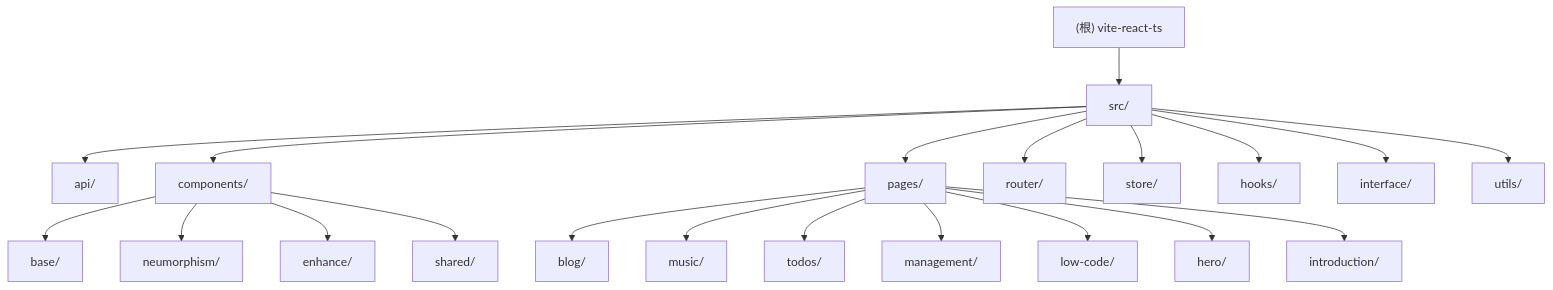
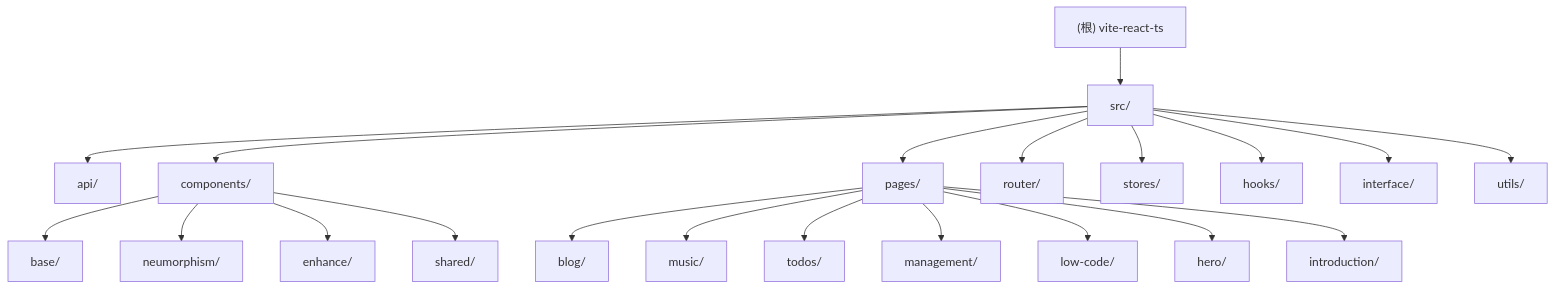
The diagram in CLAUDE.md (wukaijin/vite-react-ts), drawn with Mermaid before and after one commit. The commit also changed other lines of this file and 31 other files, not shown here.

````diff
--- a/CLAUDE.md
+++ b/CLAUDE.md
@@ -90,34 +97,32 @@
 ```mermaid
 graph TD
     Root["(根) vite-react-ts"] --> SRC["src/"];
 
     SRC --> API["api/"];
     SRC --> Components["components/"];
     SRC --> Pages["pages/"];
     SRC --> Router["router/"];
-    SRC --> Store["store/"];
+    SRC --> Stores["stores/"];
     SRC --> Hooks["hooks/"];
     SRC --> Interface["interface/"];
     SRC --> Utils["utils/"];
 
     Components --> Base["base/"];
     Components --> Neu["neumorphism/"];
     Components --> Enhance["enhance/"];
     Components --> Shared["shared/"];
 
     Pages --> Blog["blog/"];
     Pages --> Music["music/"];
     Pages --> Todos["todos/"];
     Pages --> Management["management/"];
     Pages --> LowCode["low-code/"];
     Pages --> Hero["hero/"];
     Pages --> Introduction["introduction/"];
 
     click API "/usr/local/code/github/vite-react-ts/src/api/CLAUDE.md" "查看 api 模块文档"
     click Components "/usr/local/code/github/vite-react-ts/src/components/CLAUDE.md" "查看 components 模块文档"
-    click Store "/usr/local/code/github/vite-react-ts/src/store/CLAUDE.md" "查看 store 模块文档"
+    click Stores "/usr/local/code/github/vite-react-ts/src/stores/CLAUDE.md" "查看 stores 模块文档"
     click Router "/usr/local/code/github/vite-react-ts/src/router/CLAUDE.md" "查看 router 模块文档"
     click Blog "/usr/local/code/github/vite-react-ts/src/pages/blog/CLAUDE.md" "查看 blog 模块文档"
-    click Music "/usr/local/code/github/vite-react-ts/src/pages/music/CLAUDE.md" "查看 music 模块文档"
-    click Todos "/usr/local/code/github/vite-react-ts/src/pages/todos/CLAUDE.md" "查看 todos 模块文档"
 ```
````
